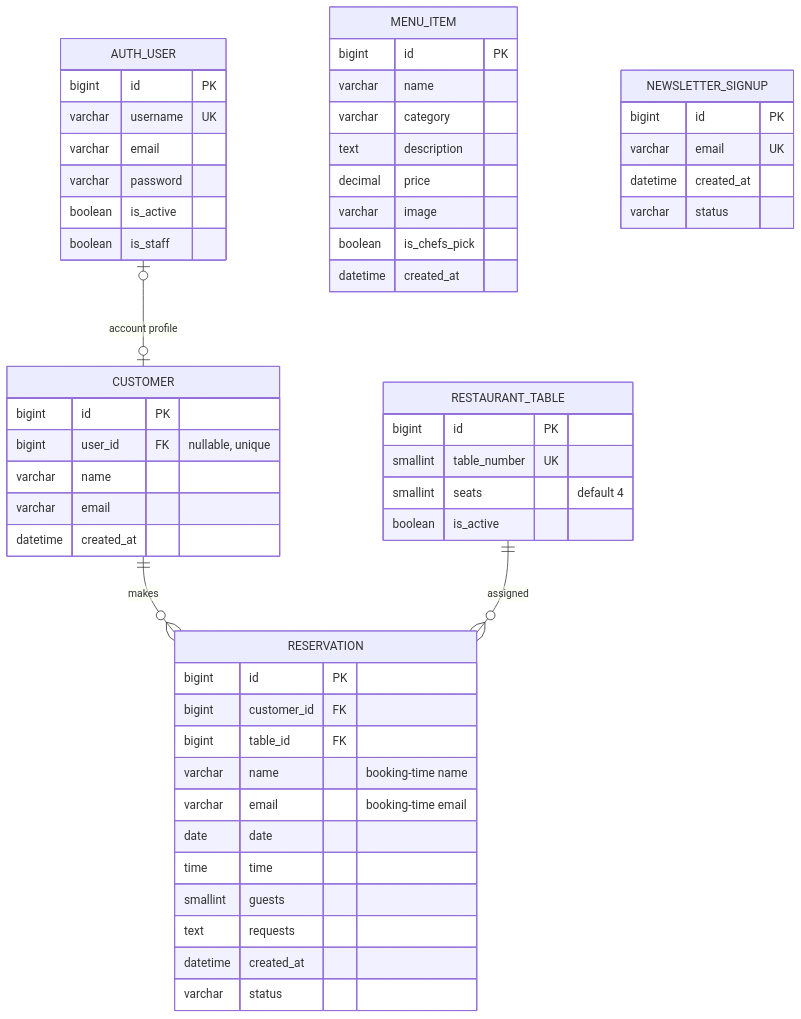
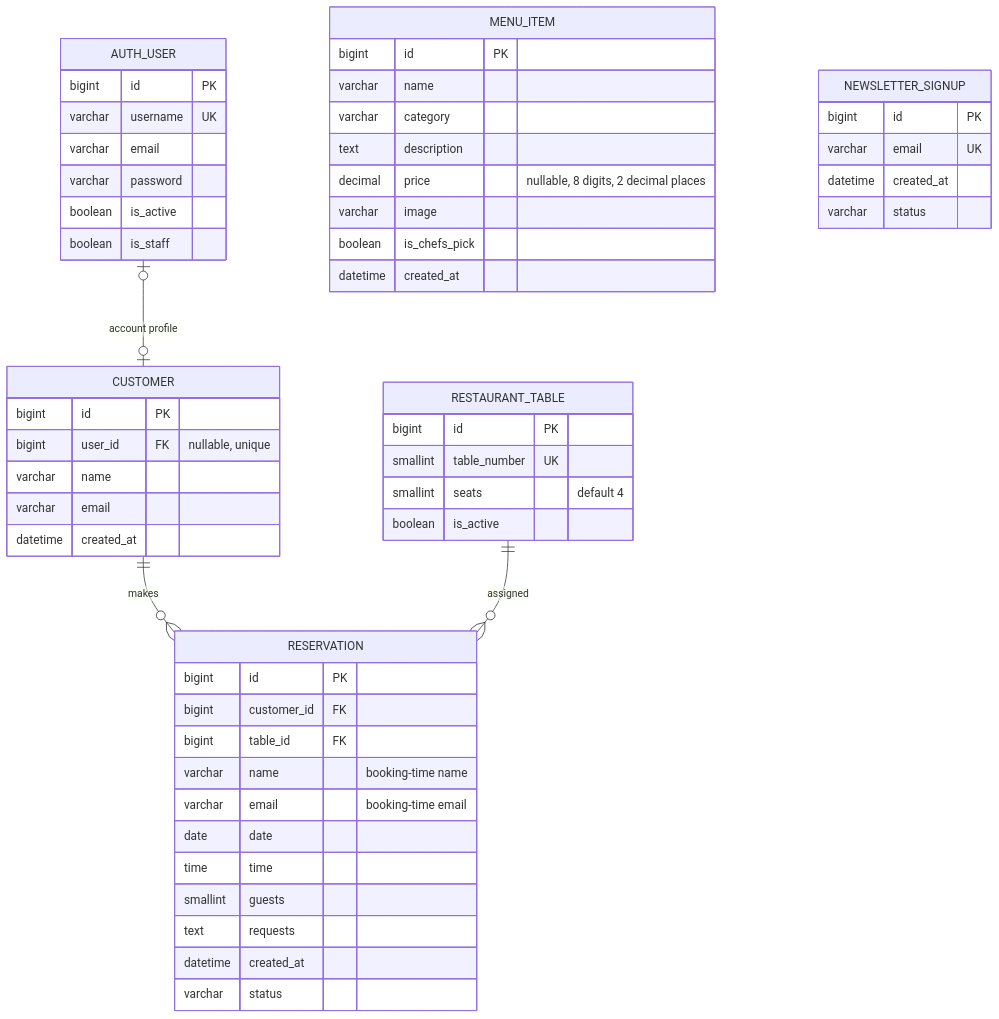
One commit to Hamid-aa80/Fire-Restaurant changed the diagram in README.md. Above: the diagram before and after it, drawn with Mermaid. The commit also changed other lines of this file and 11 other files, not shown here.

````diff
--- a/README.md
+++ b/README.md
@@ -689,62 +761,62 @@
 ```mermaid
 erDiagram
     AUTH_USER o|--o| CUSTOMER : "account profile"
     CUSTOMER ||--o{ RESERVATION : makes
     RESTAURANT_TABLE ||--o{ RESERVATION : assigned
 
     AUTH_USER {
         bigint id PK
         varchar username UK
         varchar email
         varchar password
         boolean is_active
         boolean is_staff
     }
 
     CUSTOMER {
         bigint id PK
         bigint user_id FK "nullable, unique"
         varchar name
         varchar email
         datetime created_at
     }
 
     RESERVATION {
         bigint id PK
         bigint customer_id FK
         bigint table_id FK
         varchar name "booking-time name"
         varchar email "booking-time email"
         date date
         time time
         smallint guests
         text requests
         datetime created_at
         varchar status
     }
 
     RESTAURANT_TABLE {
         bigint id PK
         smallint table_number UK
         smallint seats "default 4"
         boolean is_active
     }
 
     MENU_ITEM {
         bigint id PK
         varchar name
         varchar category
         text description
-        decimal price
+        decimal price "nullable, 8 digits, 2 decimal places"
         varchar image
         boolean is_chefs_pick
         datetime created_at
     }
 
     NEWSLETTER_SIGNUP {
         bigint id PK
         varchar email UK
         datetime created_at
         varchar status
     }
 ```
````
